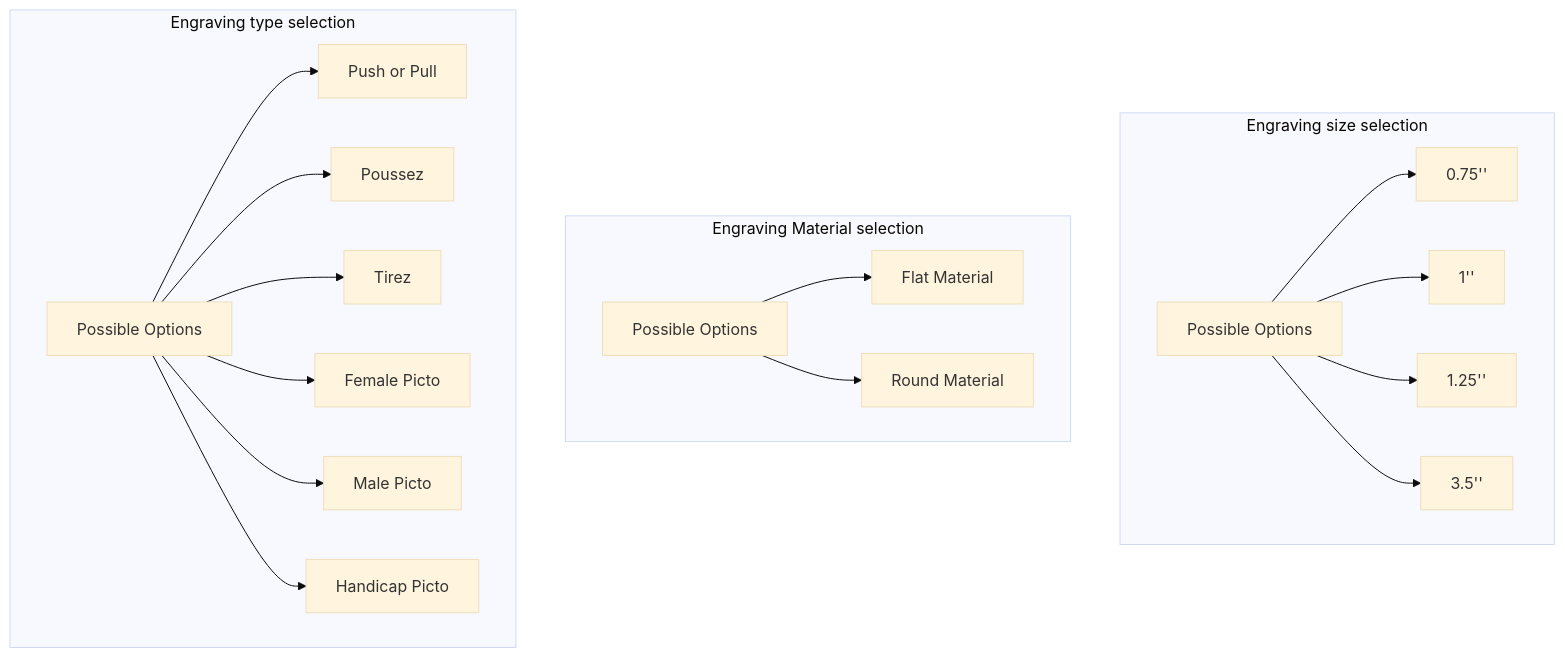
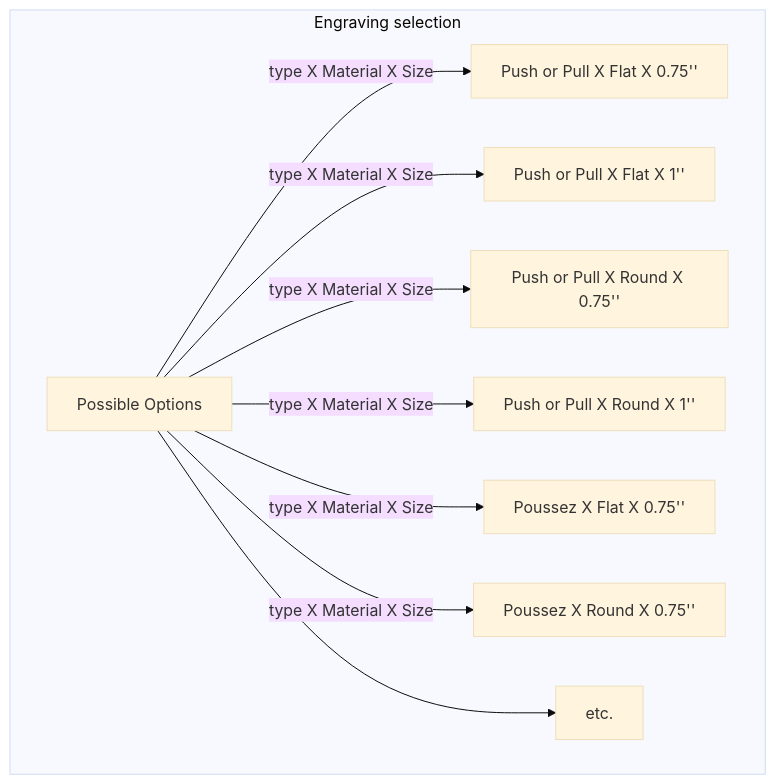
One commit to alokdas81/diamond-pricebook-diagram changed diagram 32 of 32 in README.md. Above: the diagram before and after it, drawn with Mermaid (base theme). The commit also changed other lines of this file, not shown here.

Commit message:
readme updated for SMH

````diff
--- a/README.md
+++ b/README.md
@@ -1076,27 +1068,14 @@
 ```mermaid
 flowchart TD
 
-
-subgraph Engraving size selection
-A[Possible Options] --> B[0.75'']
-A --> C[1'']
-A --> D[1.25'']
-A --> E[3.5'']
-end
-
-
-subgraph Engraving Material selection
-F[Possible Options] --> G[Flat Material]
-F --> H[Round Material]
-end
-
-subgraph Engraving type selection
-N[Possible Options] --> O[Push or Pull]
-N --> P[Poussez]
-N --> Q[Tirez]
-N --> R[Female Picto]
-N --> S[Male Picto]
-N --> T[Handicap Picto]
+subgraph Engraving selection
+N[Possible Options] --> |type X Material X Size| O[Push or Pull X Flat X 0.75'']
+N --> |type X Material X Size| P[Push or Pull X Flat X 1'']
+N --> |type X Material X Size| Q[Push or Pull X Round X 0.75'']
+N --> |type X Material X Size| R[Push or Pull X Round X 1'']
+N --> |type X Material X Size| S[Poussez X Flat X 0.75'']
+N --> |type X Material X Size| T[Poussez X Round X 0.75'']
+N --> U[etc.]
 end
 
 ```
````
